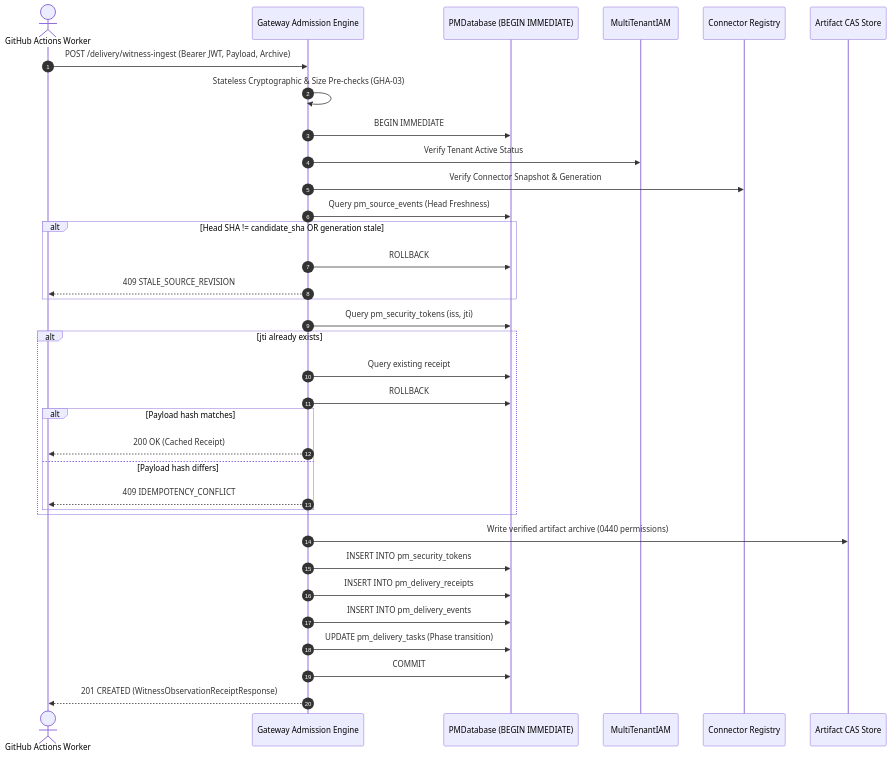
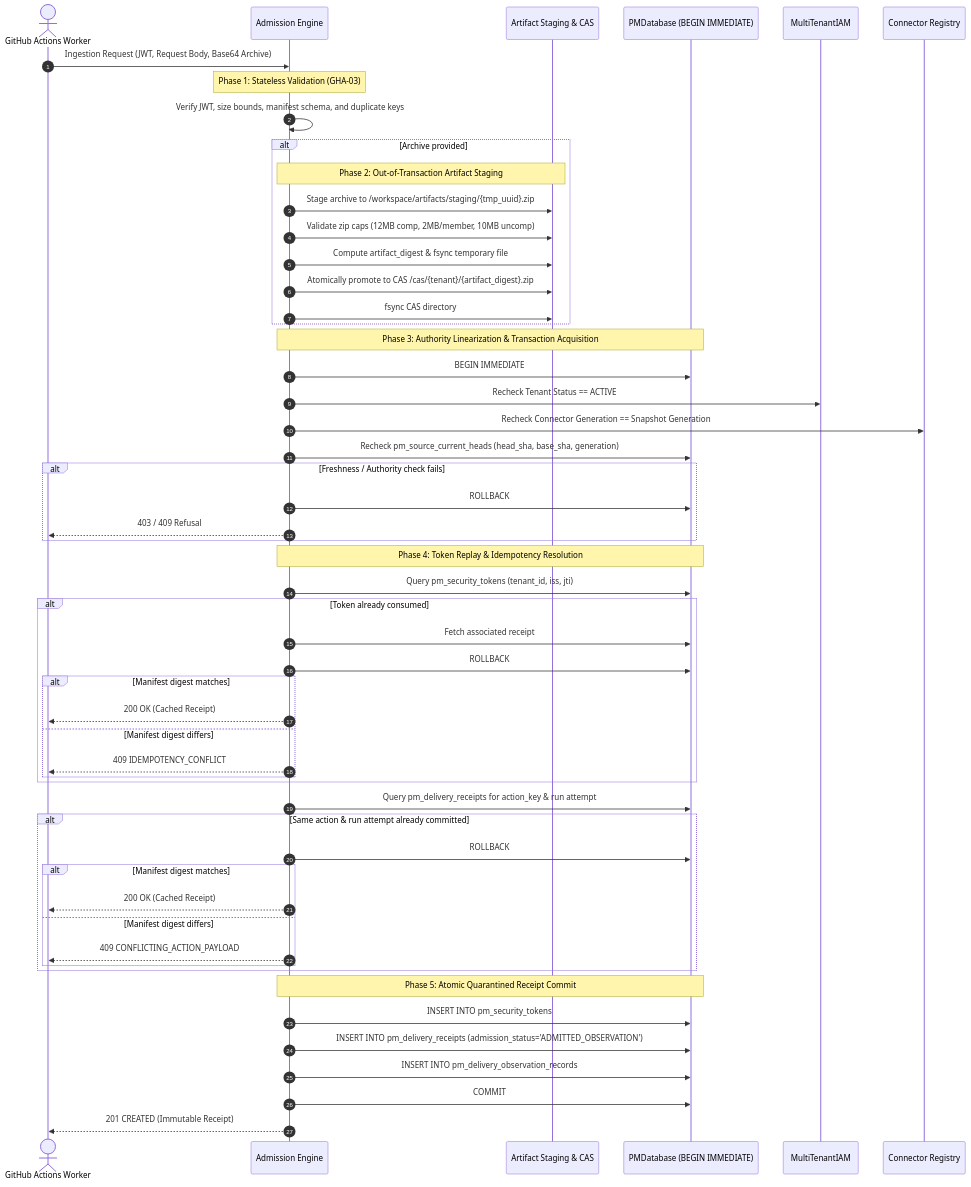
Before and after one commit to mphoMas/Acinonyx: the third of 3 diagrams in projects/scrum-board-automation/planning/ANTIGRAVITY_GHA_04_DESIGN_SPEC.md, drawn with Mermaid. The commit also changed other lines of this file and 1 other file, not shown here.

Commit message:
docs(design): revise GHA-04 specification with quarantined authority and scenario mappings (B1-B6)

````diff
--- a/projects/scrum-board-automation/planning/ANTIGRAVITY_GHA_04_DESIGN_SPEC.md
+++ b/projects/scrum-board-automation/planning/ANTIGRAVITY_GHA_04_DESIGN_SPEC.md
@@ -259,38 +361,62 @@
 ```mermaid
 sequenceDiagram
     autonumber
-    actor CI as GitHub Actions Worker
-    participant GW as Gateway Admission Engine
+    actor Worker as GitHub Actions Worker
+    participant GW as Admission Engine
+    participant FS as Artifact Staging & CAS
     participant DB as PMDatabase (BEGIN IMMEDIATE)
     participant IAM as MultiTenantIAM
     participant REG as Connector Registry
-    participant CAS as Artifact CAS Store
 
-    CI->>GW: POST /delivery/witness-ingest (Bearer JWT, Payload, Archive)
-    GW->>GW: Stateless Cryptographic & Size Pre-checks (GHA-03)
+    Worker->>GW: Ingestion Request (JWT, Request Body, Base64 Archive)
+    Note over GW: Phase 1: Stateless Validation (GHA-03)
+    GW->>GW: Verify JWT, size bounds, manifest schema, and duplicate keys
+    
+    alt Archive provided
+        Note over GW,FS: Phase 2: Out-of-Transaction Artifact Staging
+        GW->>FS: Stage archive to /workspace/artifacts/staging/{tmp_uuid}.zip
+        GW->>FS: Validate zip caps (12MB comp, 2MB/member, 10MB uncomp)
+        GW->>FS: Compute artifact_digest & fsync temporary file
+        GW->>FS: Atomically promote to CAS /cas/{tenant}/{artifact_digest}.zip
+        GW->>FS: fsync CAS directory
+    end
+
+    Note over GW,DB: Phase 3: Authority Linearization & Transaction Acquisition
     GW->>DB: BEGIN IMMEDIATE
-    GW->>IAM: Verify Tenant Active Status
-    GW->>REG: Verify Connector Snapshot & Generation
-    GW->>DB: Query pm_source_events (Head Freshness)
-    alt Head SHA != candidate_sha OR generation stale
+    GW->>IAM: Recheck Tenant Status == ACTIVE
+    GW->>REG: Recheck Connector Generation == Snapshot Generation
+    GW->>DB: Recheck pm_source_current_heads (head_sha, base_sha, generation)
+    alt Freshness / Authority check fails
         GW->>DB: ROLLBACK
-        GW-->>CI: 409 STALE_SOURCE_REVISION
+        GW-->>Worker: 403 / 409 Refusal
     end
-    GW->>DB: Query pm_security_tokens (iss, jti)
-    alt jti already exists
-        GW->>DB: Query existing receipt
+
+    Note over GW,DB: Phase 4: Token Replay & Idempotency Resolution
+    GW->>DB: Query pm_security_tokens (tenant_id, iss, jti)
+    alt Token already consumed
+        GW->>DB: Fetch associated receipt
         GW->>DB: ROLLBACK
-        alt Payload hash matches
-            GW-->>CI: 200 OK (Cached Receipt)
-        else Payload hash differs
-            GW-->>CI: 409 IDEMPOTENCY_CONFLICT
+        alt Manifest digest matches
+            GW-->>Worker: 200 OK (Cached Receipt)
+        else Manifest digest differs
+            GW-->>Worker: 409 IDEMPOTENCY_CONFLICT
         end
     end
-    GW->>CAS: Write verified artifact archive (0440 permissions)
+
+    GW->>DB: Query pm_delivery_receipts for action_key & run attempt
+    alt Same action & run attempt already committed
+        GW->>DB: ROLLBACK
+        alt Manifest digest matches
+            GW-->>Worker: 200 OK (Cached Receipt)
+        else Manifest digest differs
+            GW-->>Worker: 409 CONFLICTING_ACTION_PAYLOAD
+        end
+    end
+
+    Note over GW,DB: Phase 5: Atomic Quarantined Receipt Commit
     GW->>DB: INSERT INTO pm_security_tokens
-    GW->>DB: INSERT INTO pm_delivery_receipts
-    GW->>DB: INSERT INTO pm_delivery_events
-    GW->>DB: UPDATE pm_delivery_tasks (Phase transition)
+    GW->>DB: INSERT INTO pm_delivery_receipts (admission_status='ADMITTED_OBSERVATION')
+    GW->>DB: INSERT INTO pm_delivery_observation_records
     GW->>DB: COMMIT
-    GW-->>CI: 201 CREATED (WitnessObservationReceiptResponse)
+    GW-->>Worker: 201 CREATED (Immutable Receipt)
 ```
````
